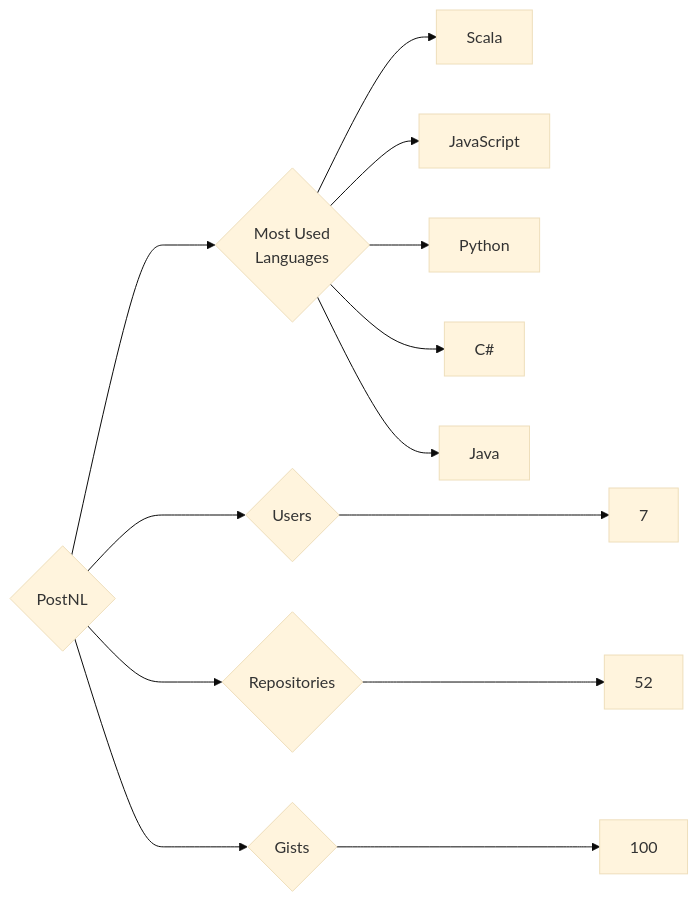
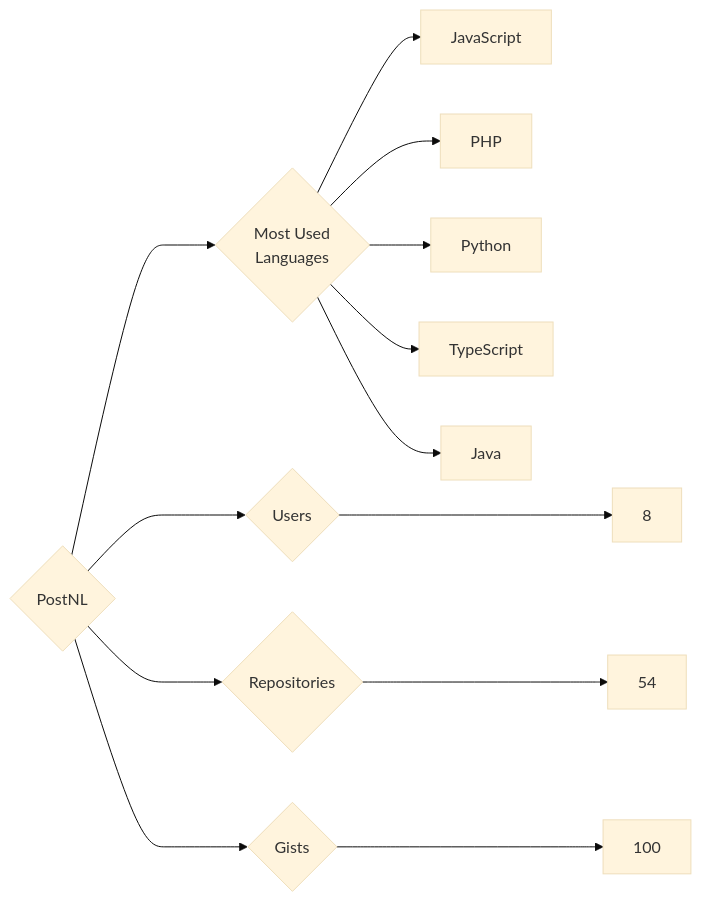
Before and after one commit to trickest/insiders: the diagram in targets/PostNL/README.md, drawn with Mermaid (base theme). The commit also changed 1389 other files, not shown here.

````diff
--- a/targets/PostNL/README.md
+++ b/targets/PostNL/README.md
@@ -3,13 +3,13 @@
 ```mermaid
 graph LR
 COMPANY_NAME{PostNL}
-COMPANY_NAME ---> U{Users} ---> UN[7]
-COMPANY_NAME ---> R{Repositories} ---> RN[52]
+COMPANY_NAME ---> U{Users} ---> UN[8]
+COMPANY_NAME ---> R{Repositories} ---> RN[54]
 COMPANY_NAME ---> G{Gists} ---> GN[100]
 COMPANY_NAME ---> ML{Most Used<br>Languages}
-ML --> Scala[Scala]
 ML --> JavaScript[JavaScript]
+ML --> PHP[PHP]
 ML --> Python[Python]
-ML --> C#[C#]
+ML --> TypeScript[TypeScript]
 ML --> Java[Java]
 ```
````
